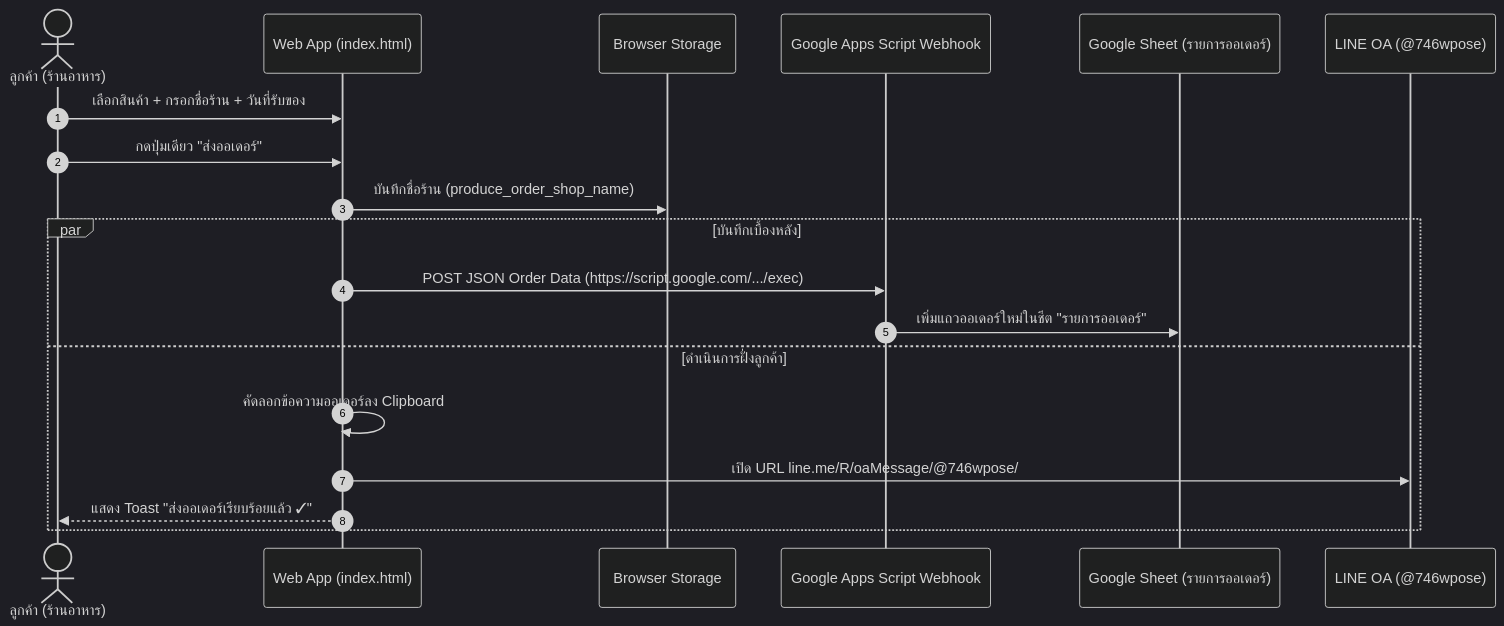
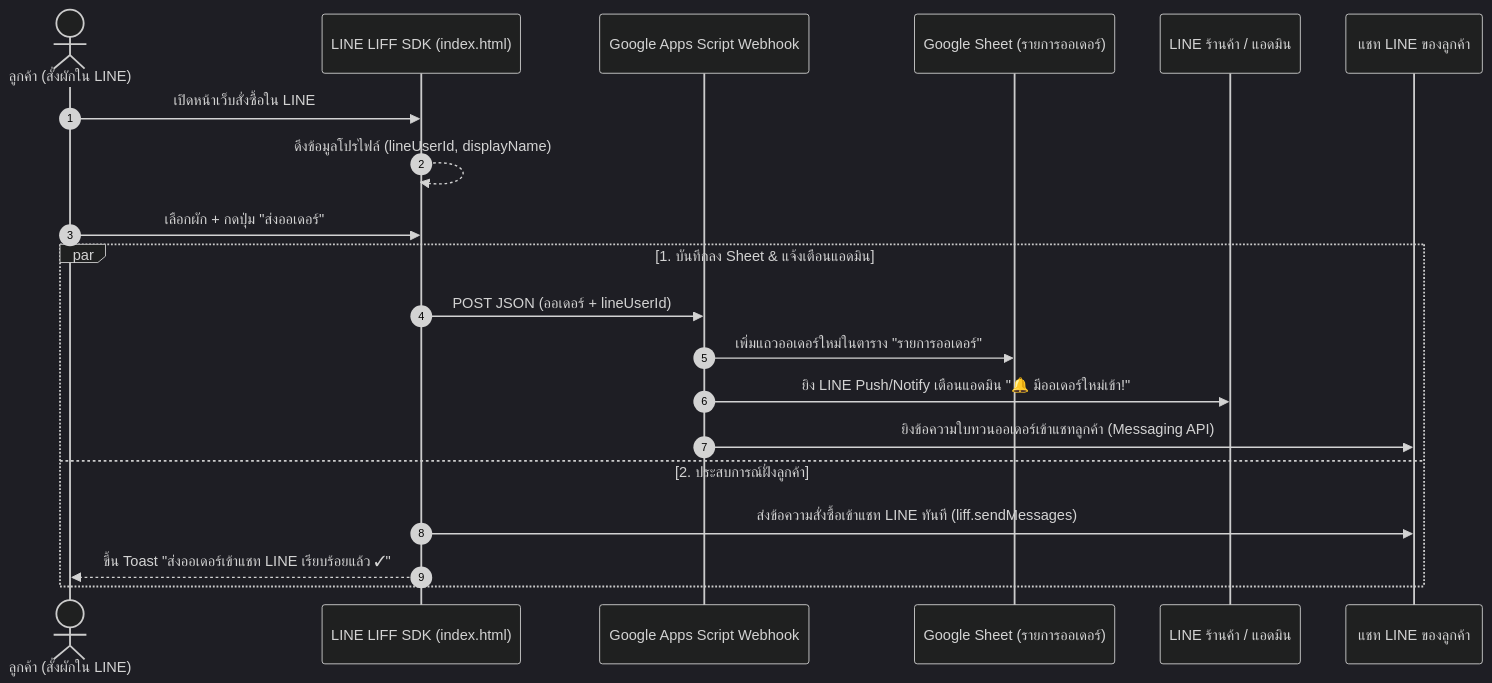
Before and after one commit to Fang14298/produce-order: the diagram in docs/superpowers/specs/2026-08-09-google-sheet-auto-order-design.md, drawn with Mermaid (dark theme). The commit also changed other lines of this file and 2 other files, not shown here.

Commit message:
feat: implement LINE LIFF SDK, customer chat messaging, admin alert push notifications, and update docs

````diff
--- a/docs/superpowers/specs/2026-08-09-google-sheet-auto-order-design.md
+++ b/docs/superpowers/specs/2026-08-09-google-sheet-auto-order-design.md
@@ -22,22 +23,23 @@
 ```mermaid
 sequenceDiagram
     autonumber
-    actor Customer as ลูกค้า (ร้านอาหาร)
-    participant WebApp as Web App (index.html)
-    participant LocalStorage as Browser Storage
+    actor Customer as ลูกค้า (สั่งผักใน LINE)
+    participant LIFF as LINE LIFF SDK (index.html)
     participant GAS as Google Apps Script Webhook
     participant Sheet as Google Sheet (รายการออเดอร์)
-    participant LINE as LINE OA (@746wpose)
+    participant AdminLine as LINE ร้านค้า / แอดมิน
+    participant CustomerLine as แชท LINE ของลูกค้า
 
-    Customer->>WebApp: เลือกสินค้า + กรอกชื่อร้าน + วันที่รับของ
-    Customer->>WebApp: กดปุ่มเดียว "ส่งออเดอร์"
-    WebApp->>LocalStorage: บันทึกชื่อร้าน (produce_order_shop_name)
-    par บันทึกเบื้องหลัง
-        WebApp->>GAS: POST JSON Order Data (https://script.google.com/.../exec)
-        GAS->>Sheet: เพิ่มแถวออเดอร์ใหม่ในชีต "รายการออเดอร์"
-    and ดำเนินการฝั่งลูกค้า
-        WebApp->>WebApp: คัดลอกข้อความออเดอร์ลง Clipboard
-        WebApp->>LINE: เปิด URL line.me/R/oaMessage/@746wpose/
-        WebApp-->>Customer: แสดง Toast "ส่งออเดอร์เรียบร้อยแล้ว ✓"
+    Customer->>LIFF: เปิดหน้าเว็บสั่งซื้อใน LINE
+    LIFF-->>LIFF: ดึงข้อมูลโปรไฟล์ (lineUserId, displayName)
+    Customer->>LIFF: เลือกผัก + กดปุ่ม "ส่งออเดอร์"
+    par 1. บันทึกลง Sheet & แจ้งเตือนแอดมิน
+        LIFF->>GAS: POST JSON (ออเดอร์ + lineUserId)
+        GAS->>Sheet: เพิ่มแถวออเดอร์ใหม่ในตาราง "รายการออเดอร์"
+        GAS->>AdminLine: ยิง LINE Push/Notify เตือนแอดมิน "🔔 มีออเดอร์ใหม่เข้า!"
+        GAS->>CustomerLine: ยิงข้อความใบทวนออเดอร์เข้าแชทลูกค้า (Messaging API)
+    and 2. ประสบการณ์ฝั่งลูกค้า
+        LIFF->>CustomerLine: ส่งข้อความสั่งซื้อเข้าแชท LINE ทันที (liff.sendMessages)
+        LIFF-->>Customer: ขึ้น Toast "ส่งออเดอร์เข้าแชท LINE เรียบร้อยแล้ว ✓"
     end
 ```
````
